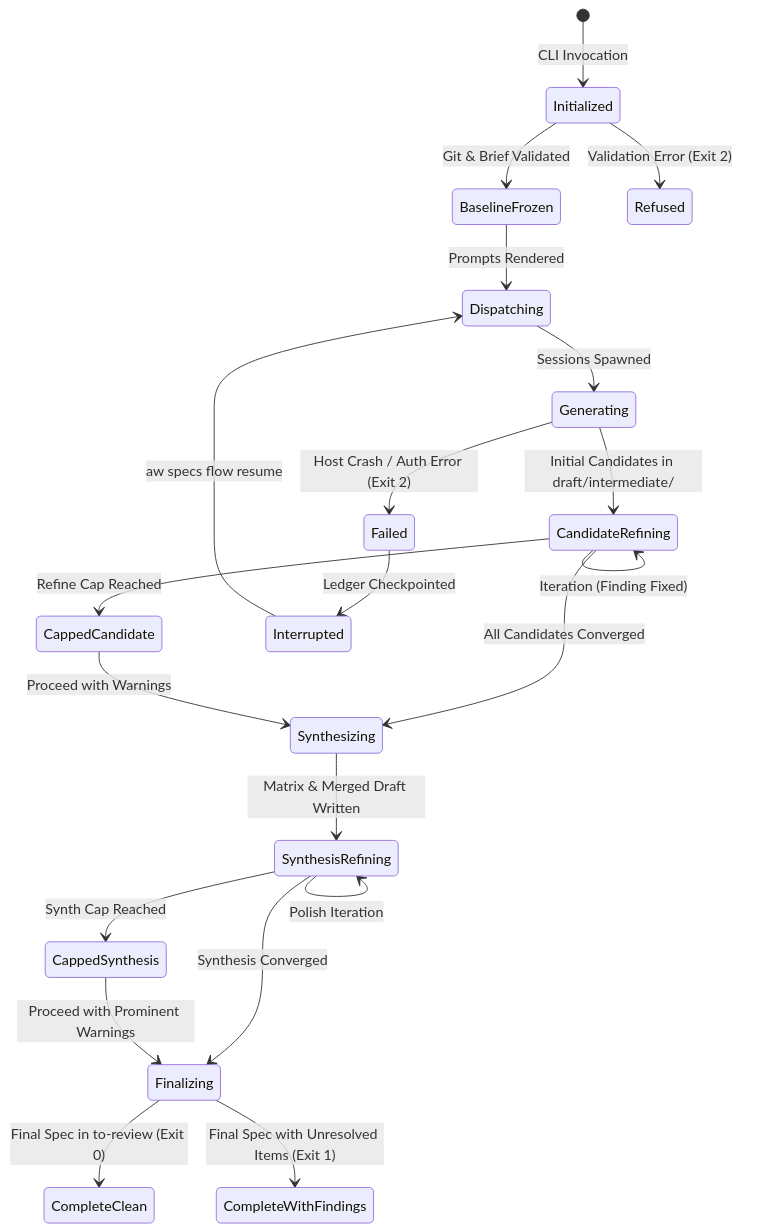
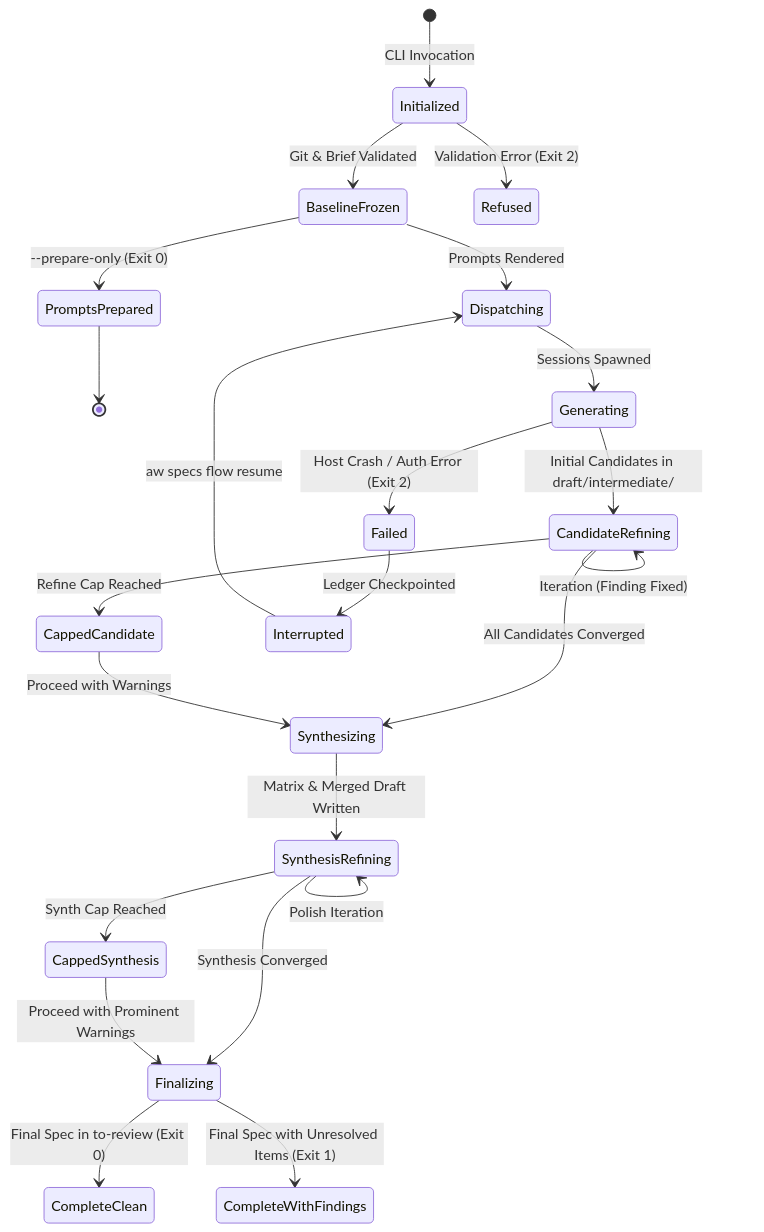
One commit to fariello/agent-workflows changed the fourth of 4 diagrams in .aw/records/specs/draft/20261024-specflow-01-18hh1u-spec-research-synthesis.spec.md. Above: the diagram before and after it, drawn with Mermaid. The commit also changed other lines of this file and 1 other file, not shown here.

````diff
--- a/.aw/records/specs/draft/20261024-specflow-01-18hh1u-spec-research-synthesis.spec.md
+++ b/.aw/records/specs/draft/20261024-specflow-01-18hh1u-spec-research-synthesis.spec.md
@@ -652,31 +681,33 @@
 ```mermaid
 stateDiagram-v2
     [*] --> Initialized: CLI Invocation
     Initialized --> BaselineFrozen: Git & Brief Validated
     Initialized --> Refused: Validation Error (Exit 2)
 
     BaselineFrozen --> Dispatching: Prompts Rendered
+    BaselineFrozen --> PromptsPrepared: --prepare-only (Exit 0)
+    PromptsPrepared --> [*]
     Dispatching --> Generating: Sessions Spawned
 
     Generating --> CandidateRefining: Initial Candidates in draft/intermediate/
     Generating --> Failed: Host Crash / Auth Error (Exit 2)
 
     CandidateRefining --> CandidateRefining: Iteration (Finding Fixed)
     CandidateRefining --> Synthesizing: All Candidates Converged
     CandidateRefining --> CappedCandidate: Refine Cap Reached
 
     CappedCandidate --> Synthesizing: Proceed with Warnings
 
     Synthesizing --> SynthesisRefining: Matrix & Merged Draft Written
     SynthesisRefining --> SynthesisRefining: Polish Iteration
     SynthesisRefining --> Finalizing: Synthesis Converged
     SynthesisRefining --> CappedSynthesis: Synth Cap Reached
 
     CappedSynthesis --> Finalizing: Proceed with Prominent Warnings
 
     Finalizing --> CompleteClean: Final Spec in to-review (Exit 0)
     Finalizing --> CompleteWithFindings: Final Spec with Unresolved Items (Exit 1)
 
     Failed --> Interrupted: Ledger Checkpointed
     Interrupted --> Dispatching: aw specs flow resume
 ```
````
